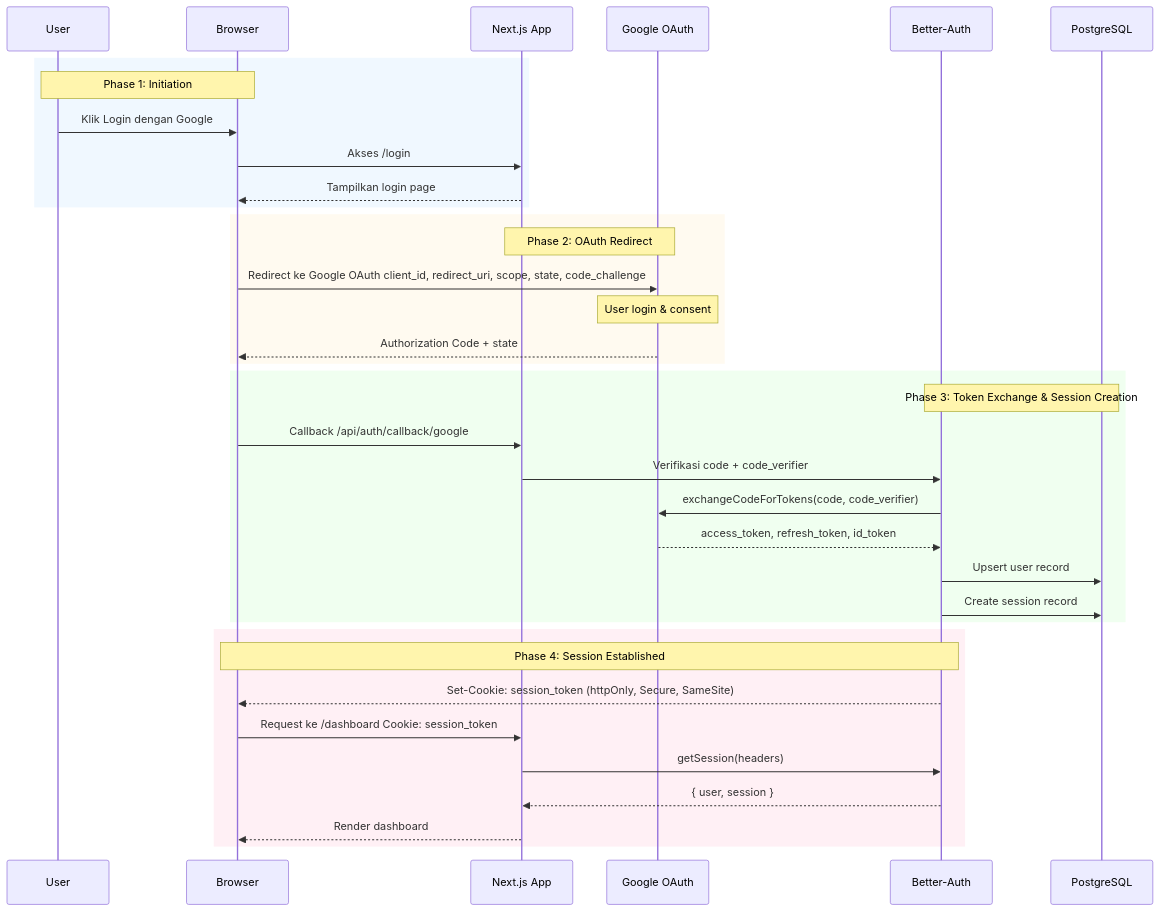
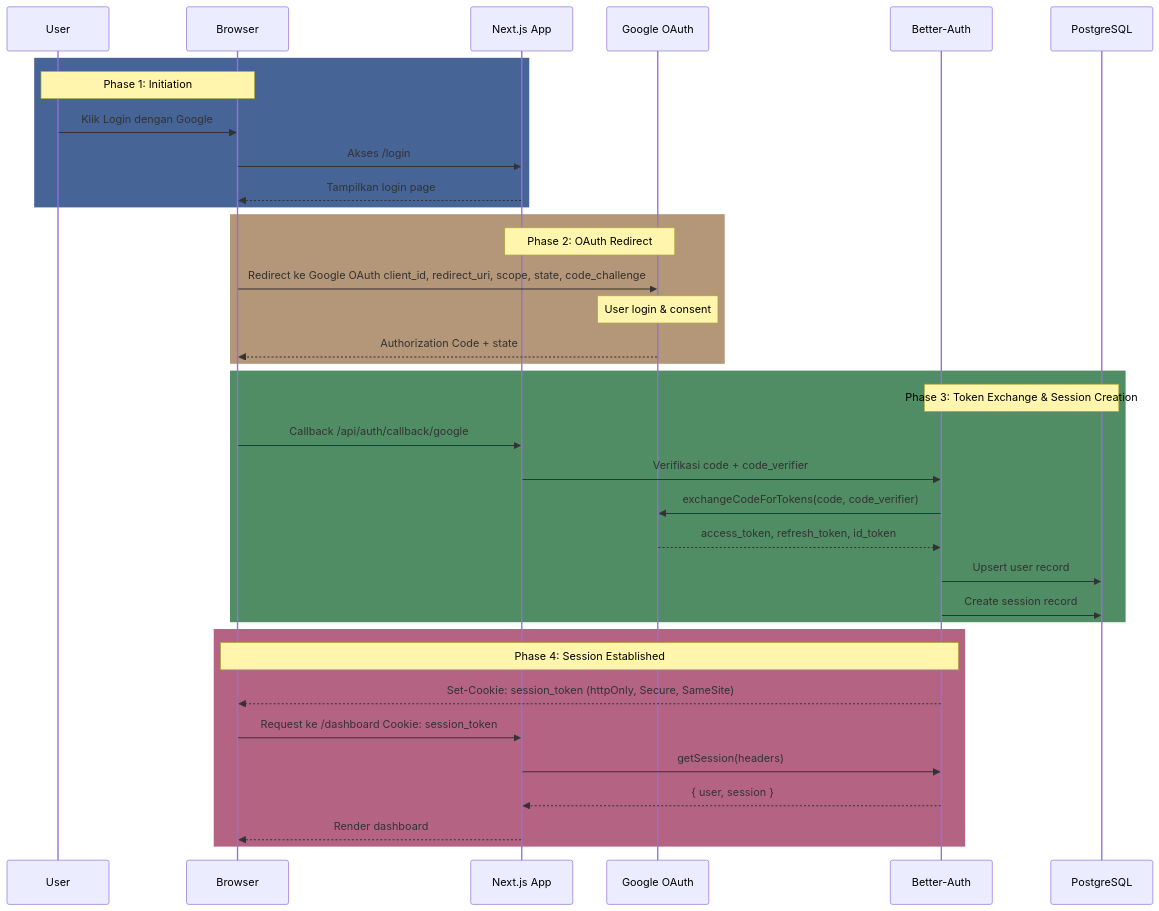
The second of 20 diagrams in README.md (PKPL-Pusing-Kurang-Paham-Lurr/tk-2), drawn with Mermaid before and after one commit. The commit also changed other lines of this file and 23 other files, not shown here.

````diff
--- a/README.md
+++ b/README.md
@@ -120,42 +120,42 @@
 ```mermaid
 sequenceDiagram
     participant U as User
     participant B as Browser
     participant N as Next.js App
     participant G as Google OAuth
     participant A as Better-Auth
     participant DB as PostgreSQL
 
-    rect rgb(240, 248, 255)
+    rect rgb(70, 100, 150)
         Note over U,B: Phase 1: Initiation
         U->>B: Klik Login dengan Google
         B->>N: Akses /login
         N-->>B: Tampilkan login page
     end
 
-    rect rgb(255, 250, 240)
+    rect rgb(180, 150, 120)
         Note over G,N: Phase 2: OAuth Redirect
         B->>G: Redirect ke Google OAuth client_id, redirect_uri, scope, state, code_challenge
         Note over G: User login & consent
         G-->>B: Authorization Code + state
     end
 
-    rect rgb(240, 255, 240)
+    rect rgb(80, 140, 100)
         Note over A,DB: Phase 3: Token Exchange & Session Creation
         B->>N: Callback /api/auth/callback/google
         N->>A: Verifikasi code + code_verifier
         A->>G: exchangeCodeForTokens(code, code_verifier)
         G-->>A: access_token, refresh_token, id_token
         A->>DB: Upsert user record
         A->>DB: Create session record
     end
 
-    rect rgb(255, 240, 245)
+    rect rgb(180, 100, 130)
         Note over A,B: Phase 4: Session Established
         A-->>B: Set-Cookie: session_token (httpOnly, Secure, SameSite)
         B->>N: Request ke /dashboard Cookie: session_token
         N->>A: getSession(headers)
         A-->>N: { user, session }
         N-->>B: Render dashboard
     end
 ```
````
